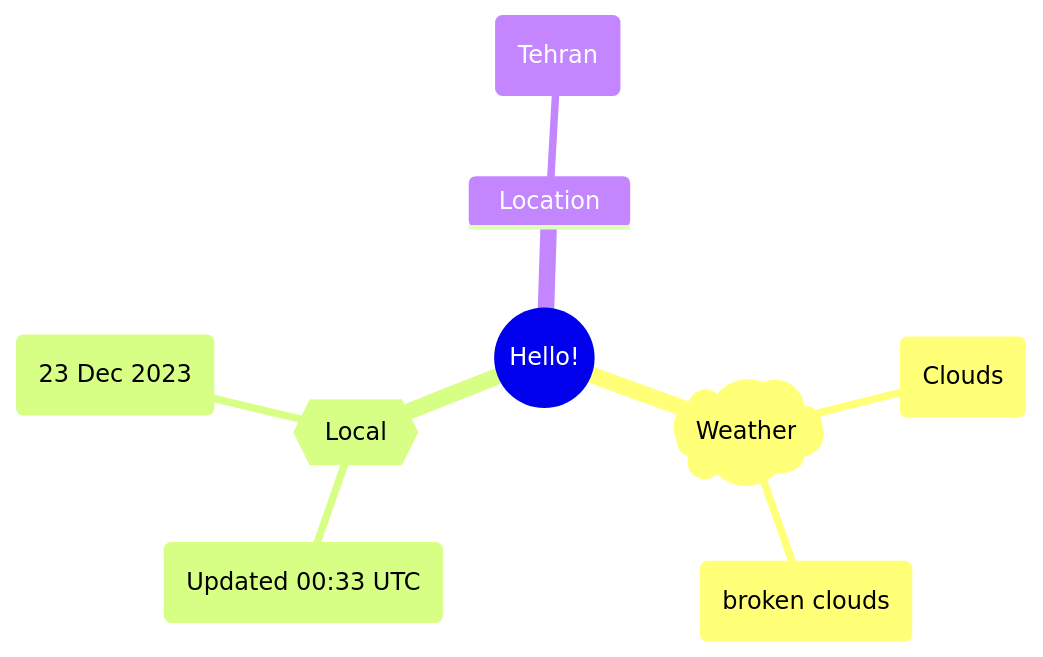
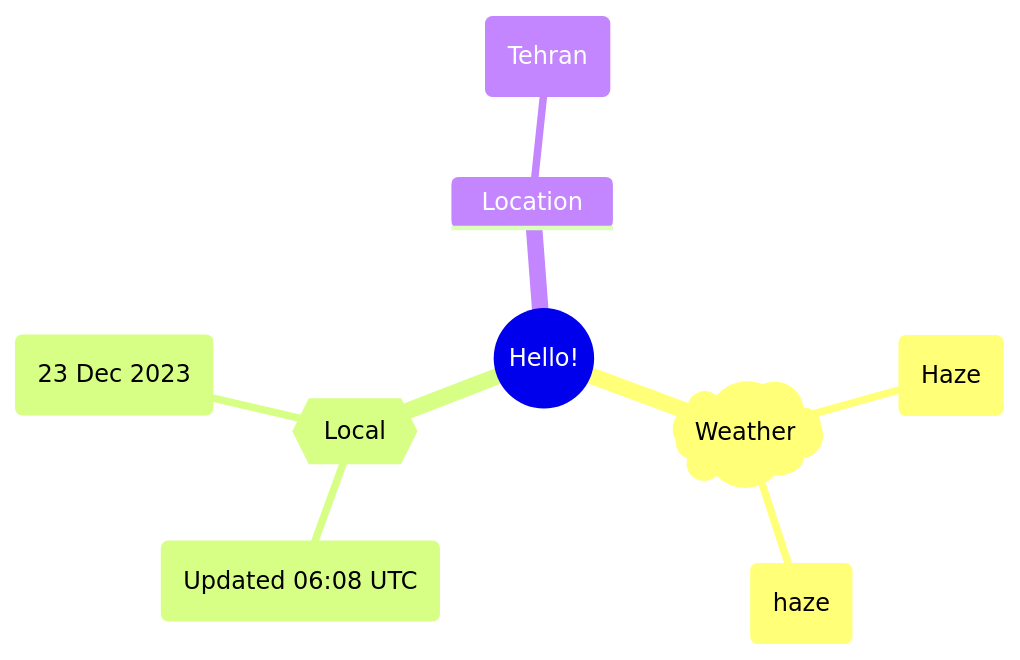
One commit to Xosrov/Xosrov changed the first of 2 diagrams in README.md. Above: the diagram before and after it, drawn with Mermaid.

Commit message:
[bot] updated images

````diff
--- a/README.md
+++ b/README.md
@@ -3,12 +3,12 @@
 ```mermaid
 mindmap
   root((Hello!))
     )Weather(
-        (Clouds)
-        (broken clouds)
+        (Haze)
+        (haze)
     {{Local}}
-        (Updated 00:33 UTC)
+        (Updated 06:08 UTC)
         (23 Dec 2023)
     Location
         (Tehran)
 ```
````
